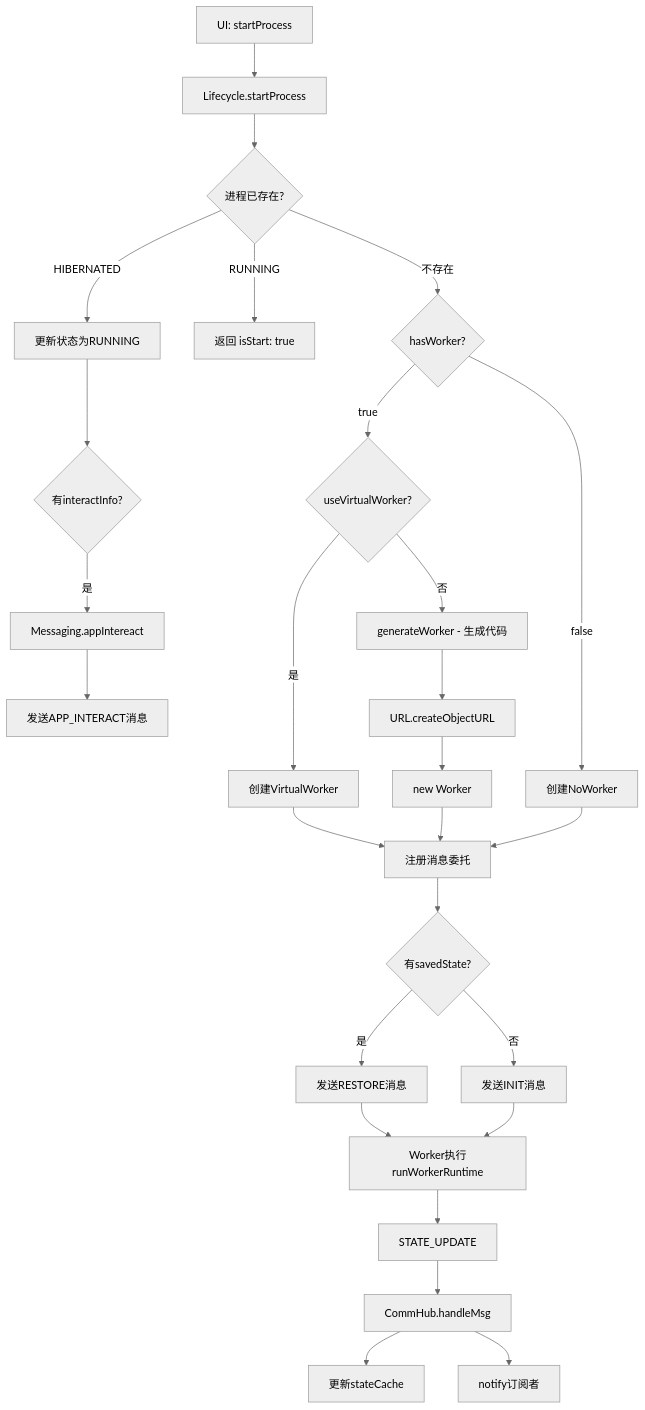
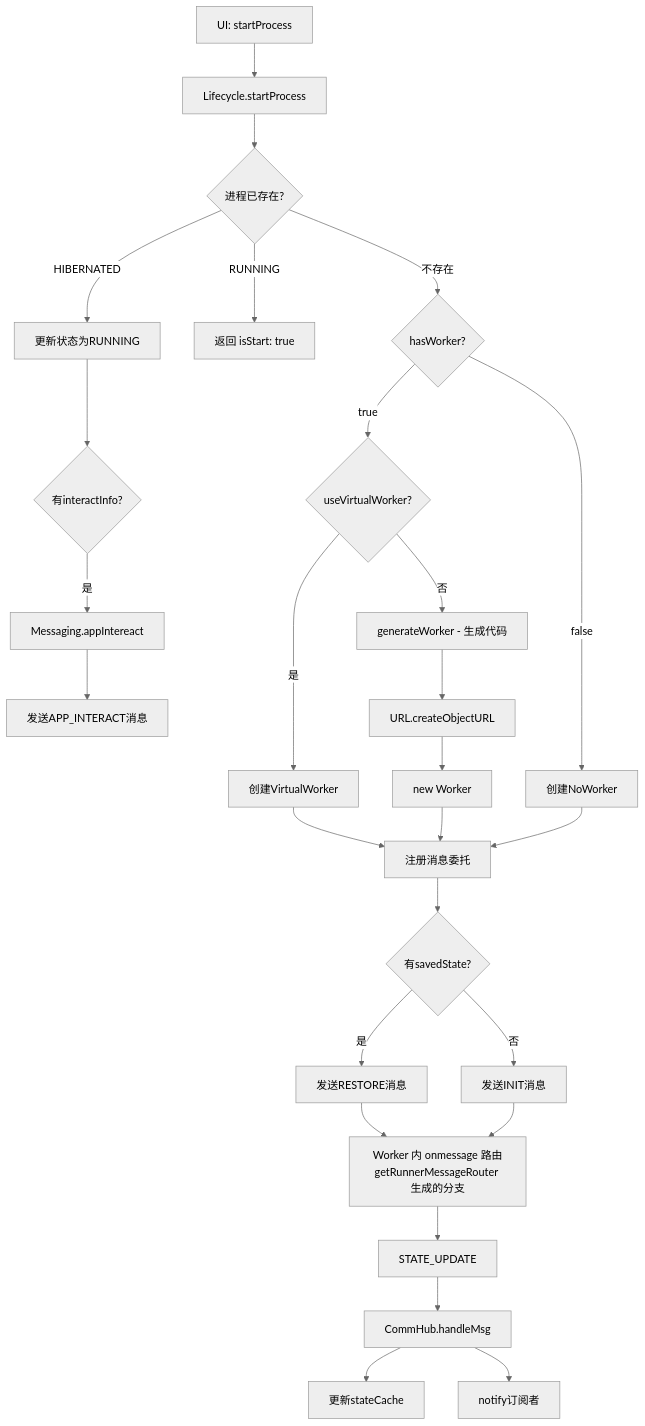
Before and after one commit to suluwanqing/sukinOS: diagram 11 of 14 in docs/module/04-process-kernel.md, drawn with Mermaid (neutral theme). The commit also changed other lines of this file and 70 other files, not shown here.

````diff
--- a/docs/module/04-process-kernel.md
+++ b/docs/module/04-process-kernel.md
@@ -930,29 +1072,29 @@
 ```mermaid
 graph TD
     A[UI: startProcess] --> B[Lifecycle.startProcess]
     B --> C{进程已存在?}
     C -->|HIBERNATED| D[更新状态为RUNNING]
     D --> E{有interactInfo?}
     E -->|是| F[Messaging.appIntereact]
     F --> G[发送APP_INTERACT消息]
     C -->|RUNNING| H[返回 isStart: true]
     C -->|不存在| I{hasWorker?}
     I -->|true| J{useVirtualWorker?}
     J -->|是| K[创建VirtualWorker]
     J -->|否| L[generateWorker - 生成代码]
     L --> M[URL.createObjectURL]
     M --> N[new Worker]
     I -->|false| O[创建NoWorker]
     K --> P[注册消息委托]
     N --> P
     O --> P
     P --> Q{有savedState?}
     Q -->|是| R[发送RESTORE消息]
     Q -->|否| S[发送INIT消息]
-    R --> T[Worker执行runWorkerRuntime]
+    R --> T[Worker 内 onmessage 路由<br/>getRunnerMessageRouter 生成的分支]
     S --> T
     T --> U[STATE_UPDATE]
     U --> V[CommHub.handleMsg]
     V --> W[更新stateCache]
     V --> X[notify订阅者]
 ```
````
